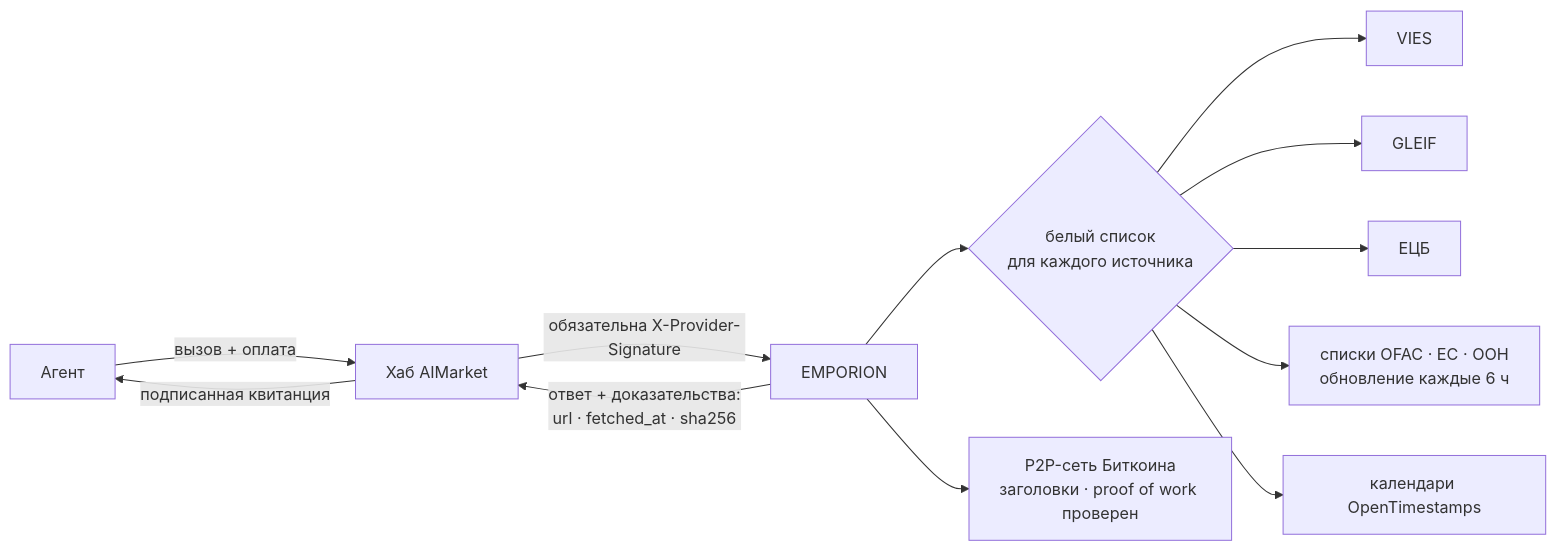
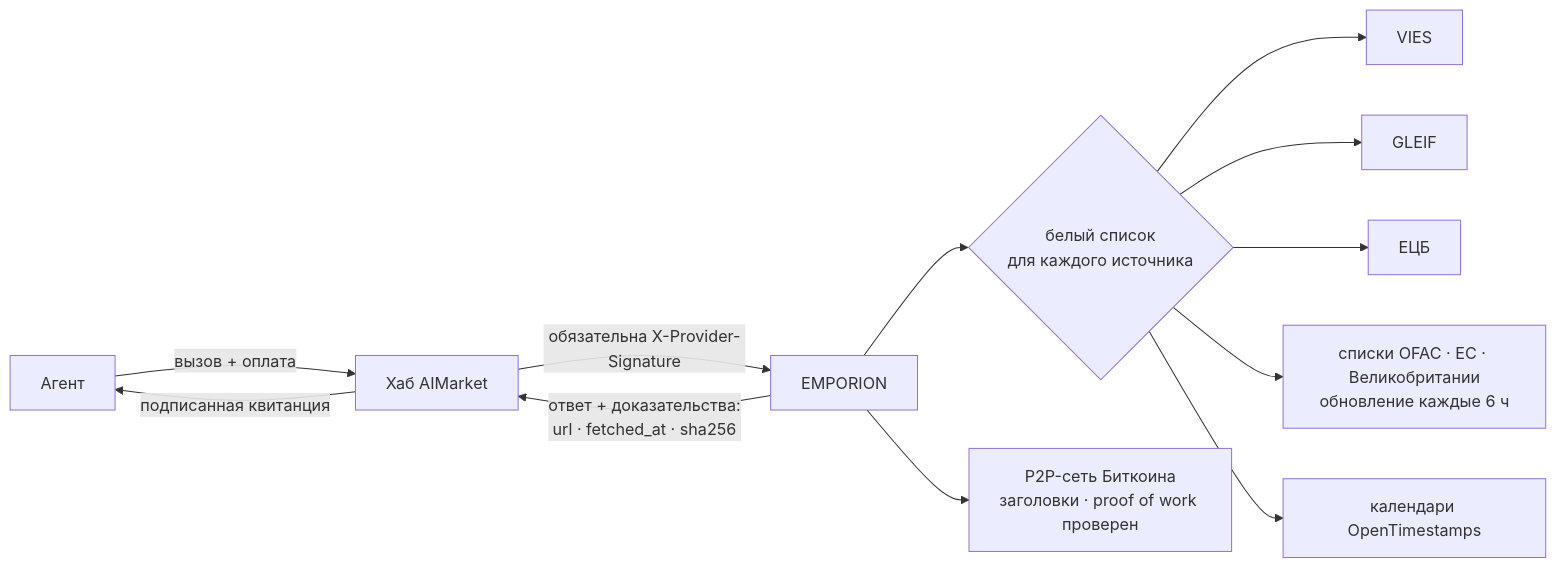
The first of 3 diagrams in README.ru.md (alexar76/emporion), drawn with Mermaid before and after one commit. The commit also changed other lines of this file and 19 other files, not shown here.

````diff
--- a/README.ru.md
+++ b/README.ru.md
@@ -57,14 +57,14 @@
 ```mermaid
 flowchart LR
     A[Агент] -->|вызов + оплата| H[Хаб AIMarket]
     H -->|обязательна X-Provider-Signature| E[EMPORION]
     E --> N{белый список<br/>для каждого источника}
     N --> V[VIES]
     N --> G[GLEIF]
     N --> C[ЕЦБ]
-    N --> S[списки OFAC · ЕС · ООН<br/>обновление каждые 6 ч]
+    N --> S[списки OFAC · ЕС · Великобритании<br/>обновление каждые 6 ч]
     N --> O[календари OpenTimestamps]
     E --> X[P2P-сеть Биткоина<br/>заголовки · proof of work проверен]
     E -->|ответ + доказательства:<br/>url · fetched_at · sha256| H
     H -->|подписанная квитанция| A
 ```
````
